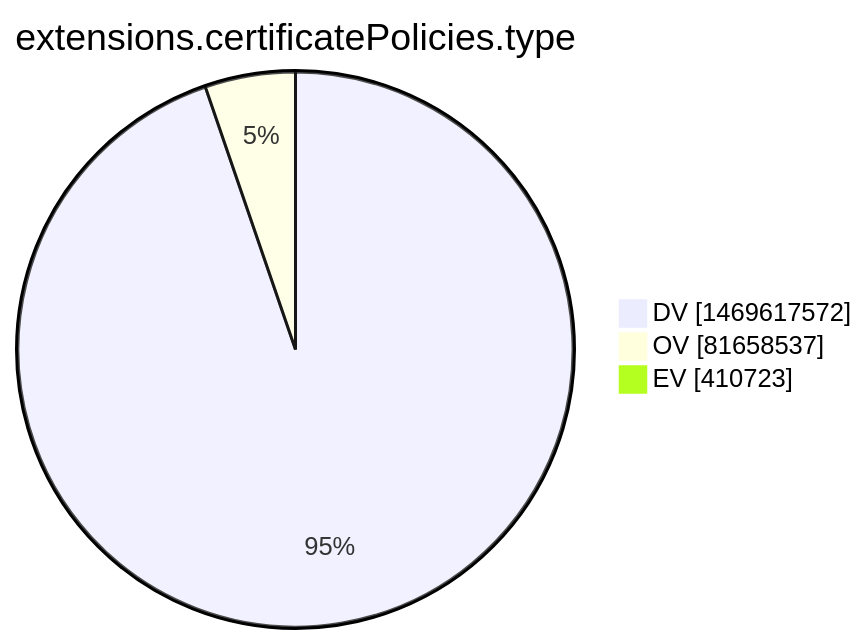
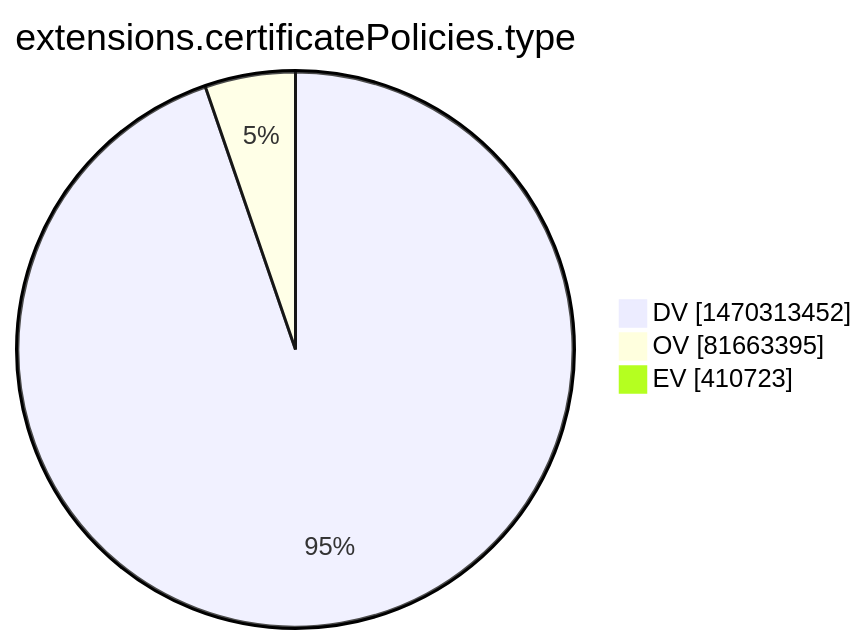
One commit to christiankrug/ctmonitor_visualization changed the tenth of 15 diagrams in xenon2022/README.md. Above: the diagram before and after it, drawn with Mermaid. The commit also changed other lines of this file, not shown here.

````diff
--- a/xenon2022/README.md
+++ b/xenon2022/README.md
@@ -2872,7 +2872,7 @@
 ```mermaid
 pie showData
 title extensions.certificatePolicies.type
-"DV" :1469617572
-"OV" :81658537
+"DV" :1470313452
+"OV" :81663395
 "EV" :410723
 ```
````
